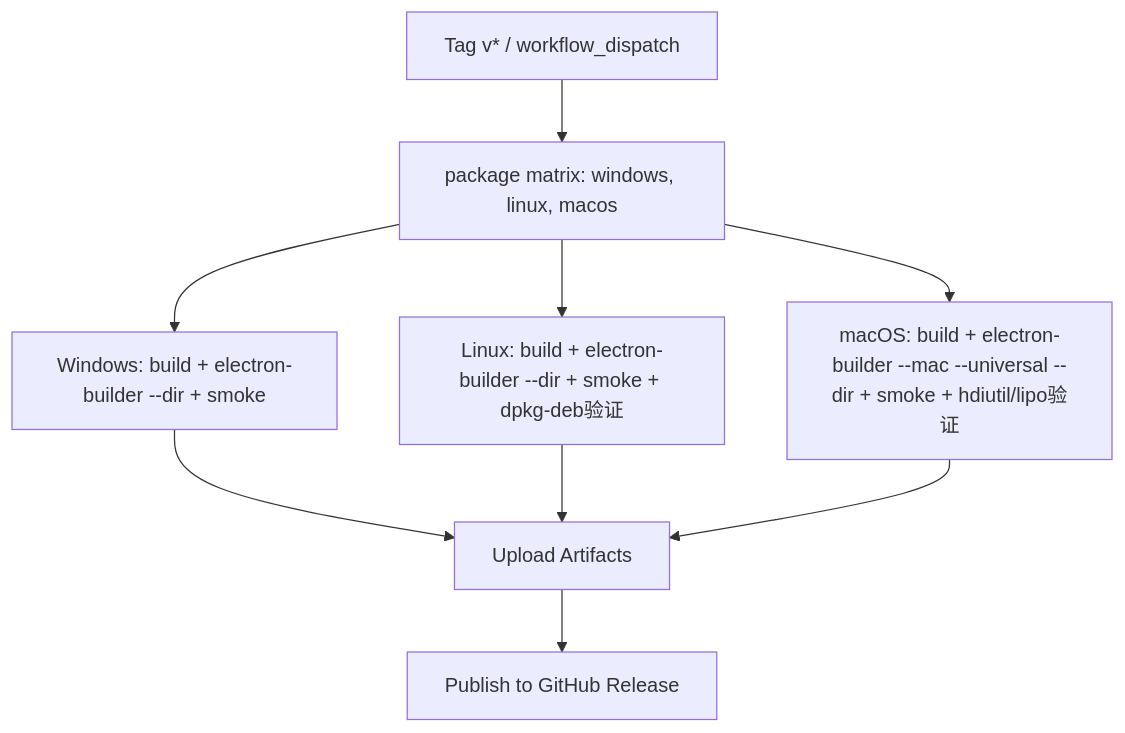
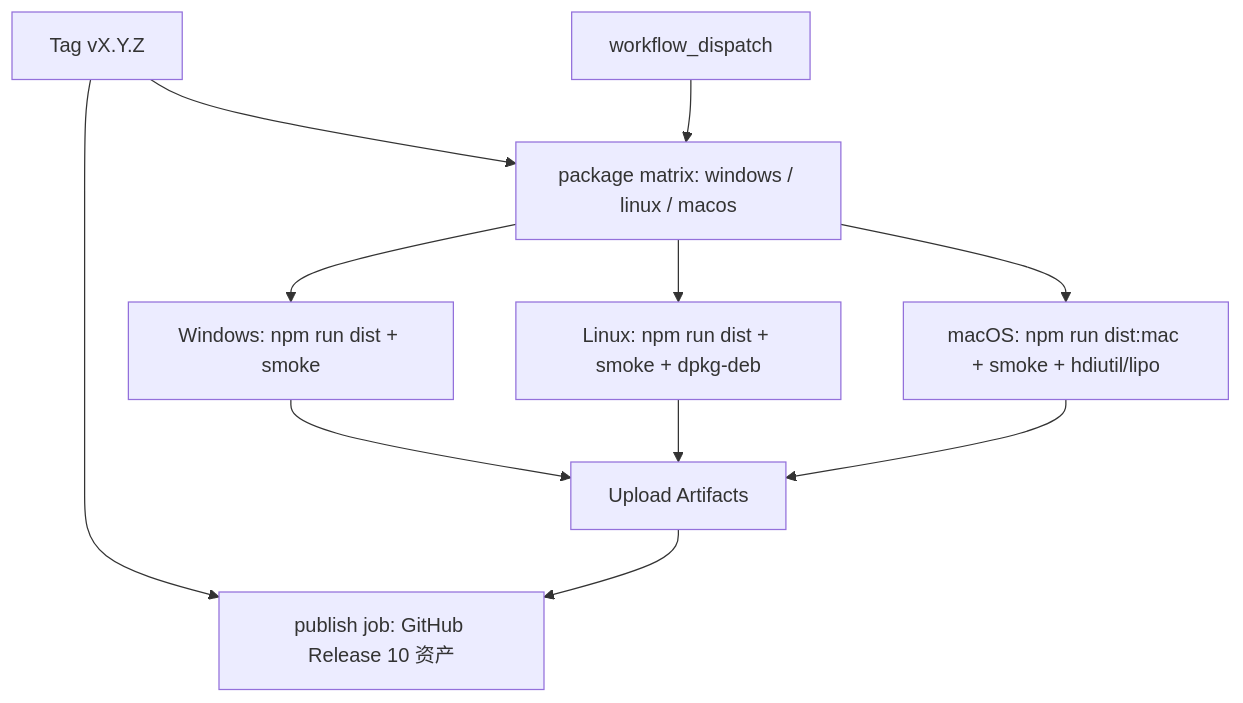
The second of 2 diagrams in .zread/wiki/versions/2026-10-06-001245/27-ce-shi-ce-lue-node-js-yuan-sheng-ce-shi-ping-tai-zi-ji-yu-mou-yan-ce-shi.md (Chasen-Liao/pi-agent-desktop), drawn with Mermaid before and after one commit. The commit also changed other lines of this file and 29 other files, not shown here.

First line of the commit message:
docs(wiki): align zread wiki with main architecture

````diff
--- a/.zread/wiki/versions/2026-10-06-001245/27-ce-shi-ce-lue-node-js-yuan-sheng-ce-shi-ping-tai-zi-ji-yu-mou-yan-ce-shi.md
+++ b/.zread/wiki/versions/2026-10-06-001245/27-ce-shi-ce-lue-node-js-yuan-sheng-ce-shi-ping-tai-zi-ji-yu-mou-yan-ce-shi.md
@@ -439,11 +441,13 @@
 ```mermaid
 flowchart TD
-    A[Tag v* / workflow_dispatch] --> B[package matrix: windows, linux, macos]
-    B --> C1[Windows: build + electron-builder --dir + smoke]
-    B --> C2[Linux: build + electron-builder --dir + smoke + dpkg-deb验证]
-    B --> C3[macOS: build + electron-builder --mac --universal --dir + smoke + hdiutil/lipo验证]
+    A[Tag vX.Y.Z] --> B[package matrix: windows / linux / macos]
+    W[workflow_dispatch] --> B
+    B --> C1[Windows: npm run dist + smoke]
+    B --> C2[Linux: npm run dist + smoke + dpkg-deb]
+    B --> C3[macOS: npm run dist:mac + smoke + hdiutil/lipo]
     C1 --> D[Upload Artifacts]
     C2 --> D
     C3 --> D
-    D --> E[Publish to GitHub Release]
+    A --> E[publish job: GitHub Release 10 资产]
+    D --> E
 ```
````
